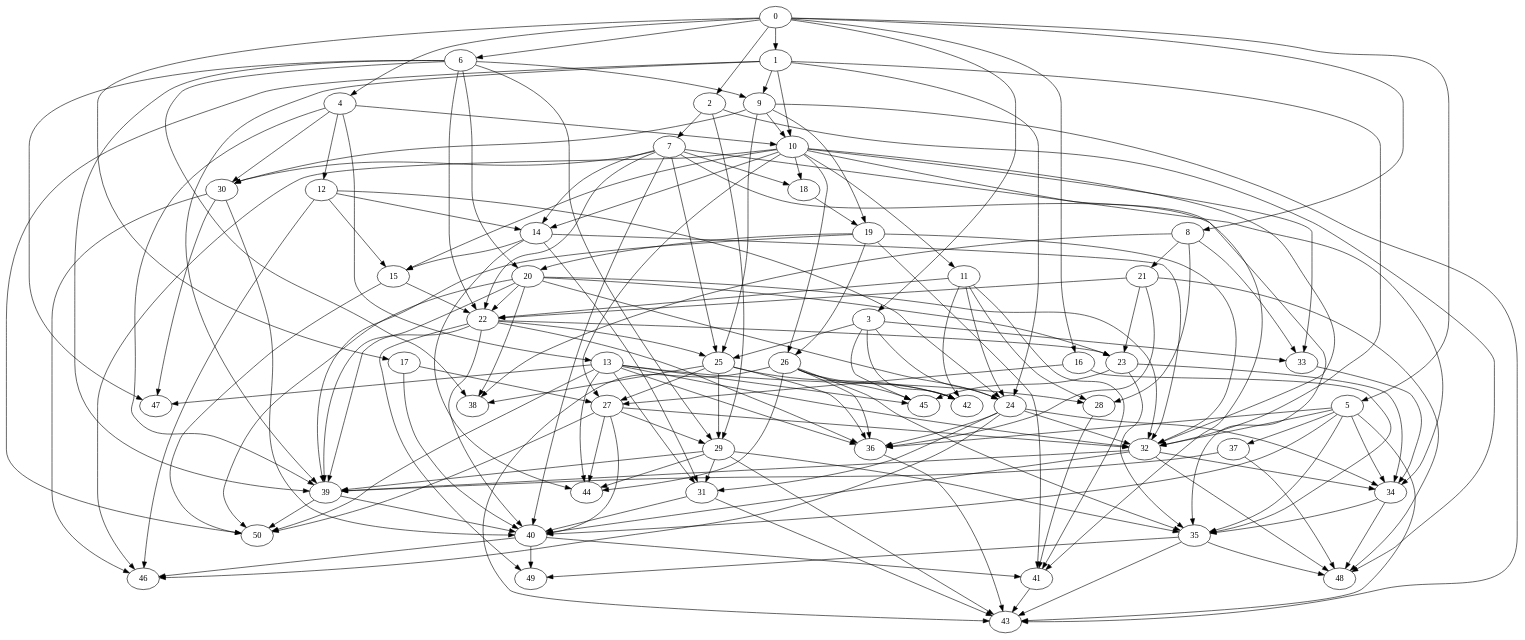
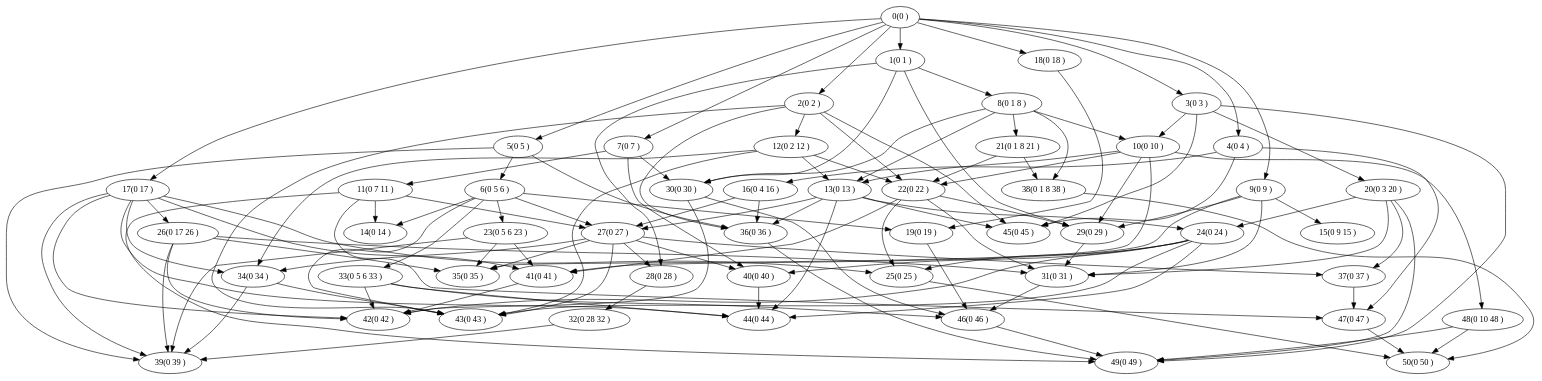
The diagram in graphOut.gv (ayushpandey8439/CAIndex), drawn with Graphviz before and after one commit. The commit also changed 8 other files, not shown here.

```diff
--- a/graphOut.gv
+++ b/graphOut.gv
@@ -1,175 +1,177 @@
 digraph G {
+0 [label="0(0 )"];
+1 [label="1(0 1 )"];
+2 [label="2(0 2 )"];
+3 [label="3(0 3 )"];
+4 [label="4(0 4 )"];
+5 [label="5(0 5 )"];
+6 [label="6(0 5 6 )"];
+7 [label="7(0 7 )"];
+8 [label="8(0 1 8 )"];
+9 [label="9(0 9 )"];
+10 [label="10(0 10 )"];
+11 [label="11(0 7 11 )"];
+12 [label="12(0 2 12 )"];
+13 [label="13(0 13 )"];
+14 [label="14(0 14 )"];
+15 [label="15(0 9 15 )"];
+16 [label="16(0 4 16 )"];
+17 [label="17(0 17 )"];
+18 [label="18(0 18 )"];
+19 [label="19(0 19 )"];
+20 [label="20(0 3 20 )"];
+21 [label="21(0 1 8 21 )"];
+22 [label="22(0 22 )"];
+23 [label="23(0 5 6 23 )"];
+24 [label="24(0 24 )"];
+25 [label="25(0 25 )"];
+26 [label="26(0 17 26 )"];
+27 [label="27(0 27 )"];
+28 [label="28(0 28 )"];
+29 [label="29(0 29 )"];
+30 [label="30(0 30 )"];
+31 [label="31(0 31 )"];
+32 [label="32(0 28 32 )"];
+33 [label="33(0 5 6 33 )"];
+34 [label="34(0 34 )"];
+35 [label="35(0 35 )"];
+36 [label="36(0 36 )"];
+37 [label="37(0 37 )"];
+38 [label="38(0 1 8 38 )"];
+39 [label="39(0 39 )"];
+40 [label="40(0 40 )"];
+41 [label="41(0 41 )"];
+42 [label="42(0 42 )"];
+43 [label="43(0 43 )"];
+44 [label="44(0 44 )"];
+45 [label="45(0 45 )"];
+46 [label="46(0 46 )"];
+47 [label="47(0 47 )"];
+48 [label="48(0 10 48 )"];
+49 [label="49(0 49 )"];
+50 [label="50(0 50 )"];
 0->1;
 0->2;
 0->3;
 0->4;
 0->5;
-0->6;
-0->8;
-0->16;
+0->7;
+0->9;
 0->17;
-1->9;
-1->10;
-1->24;
-1->32;
-1->39;
-1->50;
-2->7;
-2->29;
-2->48;
-3->24;
-3->25;
-3->33;
-3->42;
+0->18;
+1->8;
+1->28;
+1->29;
+1->30;
+2->12;
+2->22;
+2->36;
+2->43;
+2->45;
+3->10;
+3->20;
 3->45;
-4->10;
-4->12;
-4->13;
-4->30;
-4->39;
-5->32;
-5->34;
-5->35;
+3->49;
+4->16;
+4->45;
+4->47;
+5->6;
 5->36;
-5->37;
-5->40;
-5->43;
-6->9;
-6->20;
-6->22;
-6->29;
-6->38;
-6->39;
-6->47;
+5->39;
+7->11;
+7->30;
+7->40;
+9->15;
+9->29;
+9->31;
+9->41;
+17->25;
+17->26;
+17->34;
+17->39;
+17->41;
+17->42;
+17->44;
+18->19;
+8->10;
+8->13;
 8->21;
-8->28;
-8->33;
+8->30;
 8->38;
+28->32;
+29->31;
+30->42;
+30->46;
+12->13;
+12->22;
+12->34;
+12->43;
+22->25;
+22->29;
+22->31;
+22->41;
+36->49;
+10->13;
+10->22;
+10->29;
+10->35;
+10->48;
+20->24;
+20->31;
+20->37;
+20->49;
 16->27;
-16->35;
-17->27;
-17->40;
-9->10;
-9->19;
-9->25;
-9->30;
-9->43;
-10->11;
-10->14;
-10->15;
-10->18;
-10->26;
-10->27;
-10->32;
-10->33;
-10->41;
-10->46;
-24->31;
-24->32;
-24->34;
-24->36;
-24->46;
-32->34;
-32->39;
-32->40;
-32->48;
-39->40;
-39->50;
-7->14;
-7->18;
-7->22;
-7->25;
-7->30;
-7->34;
-7->35;
-7->40;
-29->31;
-29->35;
-29->39;
-29->43;
-29->44;
-25->27;
-25->29;
-25->36;
-25->38;
-25->42;
-33->34;
-12->14;
-12->15;
-12->24;
-12->46;
-13->28;
-13->31;
-13->32;
+16->36;
+47->50;
+6->14;
+6->19;
+6->23;
+6->27;
+6->33;
+6->43;
+11->14;
+11->27;
+11->47;
+11->49;
+40->44;
+31->46;
+41->42;
+25->50;
+26->31;
+26->35;
+26->39;
+26->42;
+34->39;
+34->43;
+19->46;
+13->24;
+13->27;
 13->36;
 13->44;
 13->45;
-13->47;
-13->50;
-30->40;
-30->46;
-30->47;
-34->35;
-34->48;
-35->43;
-35->48;
-35->49;
-36->43;
-37->39;
-37->48;
-40->41;
-40->46;
-40->49;
-20->22;
-20->23;
-20->24;
-20->32;
-20->38;
-20->39;
-20->50;
-22->23;
-22->25;
-22->36;
-22->39;
-22->40;
-22->49;
 21->22;
-21->23;
-21->36;
-21->48;
-28->41;
-27->29;
-27->32;
+21->38;
+38->50;
+32->39;
+46->49;
+48->49;
+48->50;
+24->25;
+24->40;
+24->42;
+24->43;
+24->44;
+37->47;
+27->28;
+27->34;
+27->35;
+27->37;
 27->40;
-27->44;
-27->50;
-19->20;
-19->26;
-19->32;
-19->39;
-19->41;
-11->22;
-11->24;
-11->28;
-11->41;
-11->42;
-14->15;
-14->31;
-14->32;
-14->44;
-15->22;
-15->50;
-18->19;
-26->35;
-26->36;
-26->42;
-26->43;
-26->44;
-26->45;
-41->43;
-31->40;
-31->43;
-23->34;
+27->43;
 23->35;
-23->45;
+23->39;
+23->41;
+33->42;
+33->44;
+33->46;
 }
```
